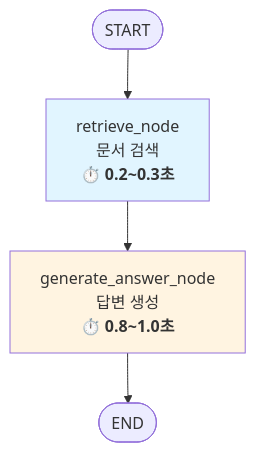
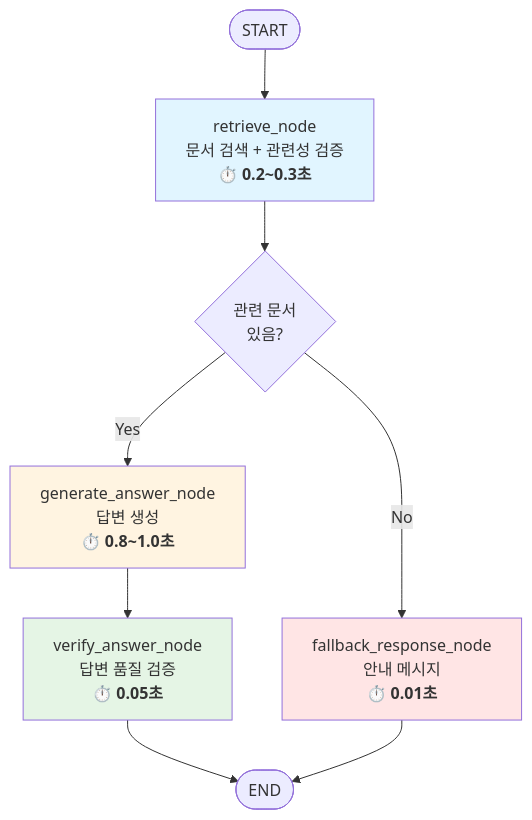
One commit to Kernel-edu-mentor/KDT_BE13_Toy_Project4 changed the seventh of 20 diagrams in python-server/QA_WORKFLOW.md. Above: the diagram before and after it, drawn with Mermaid. The commit also changed other lines of this file and 9 other files, not shown here.

````diff
--- a/python-server/QA_WORKFLOW.md
+++ b/python-server/QA_WORKFLOW.md
@@ -129,9 +129,19 @@
 ```mermaid
 graph TD
-    Start([START]) --> Retrieve[retrieve_node<br/>문서 검색<br/><b>⏱️ 0.2~0.3초</b>]
-    Retrieve --> Generate[generate_answer_node<br/>답변 생성<br/><b>⏱️ 0.8~1.0초</b>]
-    Generate --> End([END])
+    Start([START]) --> Retrieve[retrieve_node<br/>문서 검색 + 관련성 검증<br/><b>⏱️ 0.2~0.3초</b>]
+
+    Retrieve --> Decision{관련 문서<br/>있음?}
+
+    Decision -->|Yes| Generate[generate_answer_node<br/>답변 생성<br/><b>⏱️ 0.8~1.0초</b>]
+    Decision -->|No| Fallback[fallback_response_node<br/>안내 메시지<br/><b>⏱️ 0.01초</b>]
+
+    Generate --> Verify[verify_answer_node<br/>답변 품질 검증<br/><b>⏱️ 0.05초</b>]
+
+    Verify --> End([END])
+    Fallback --> End
 
     style Retrieve fill:#e1f5ff
     style Generate fill:#fff4e1
+    style Fallback fill:#ffe5e5
+    style Verify fill:#e5f5e5
 ```
````
